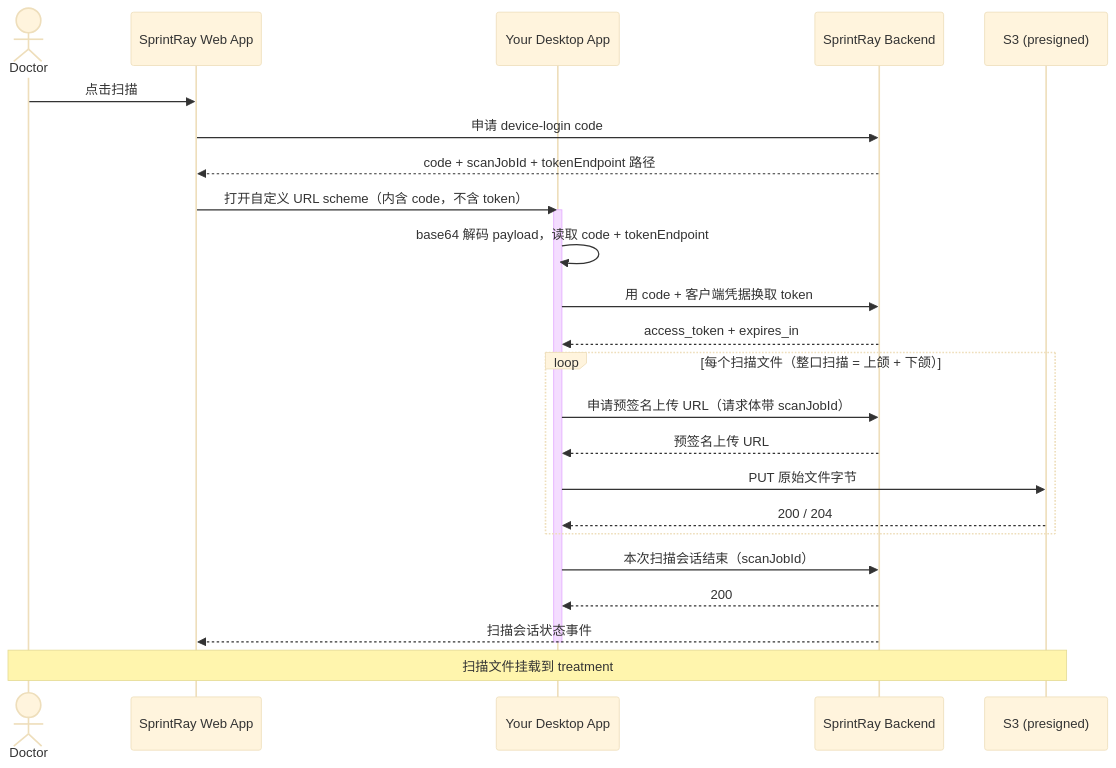
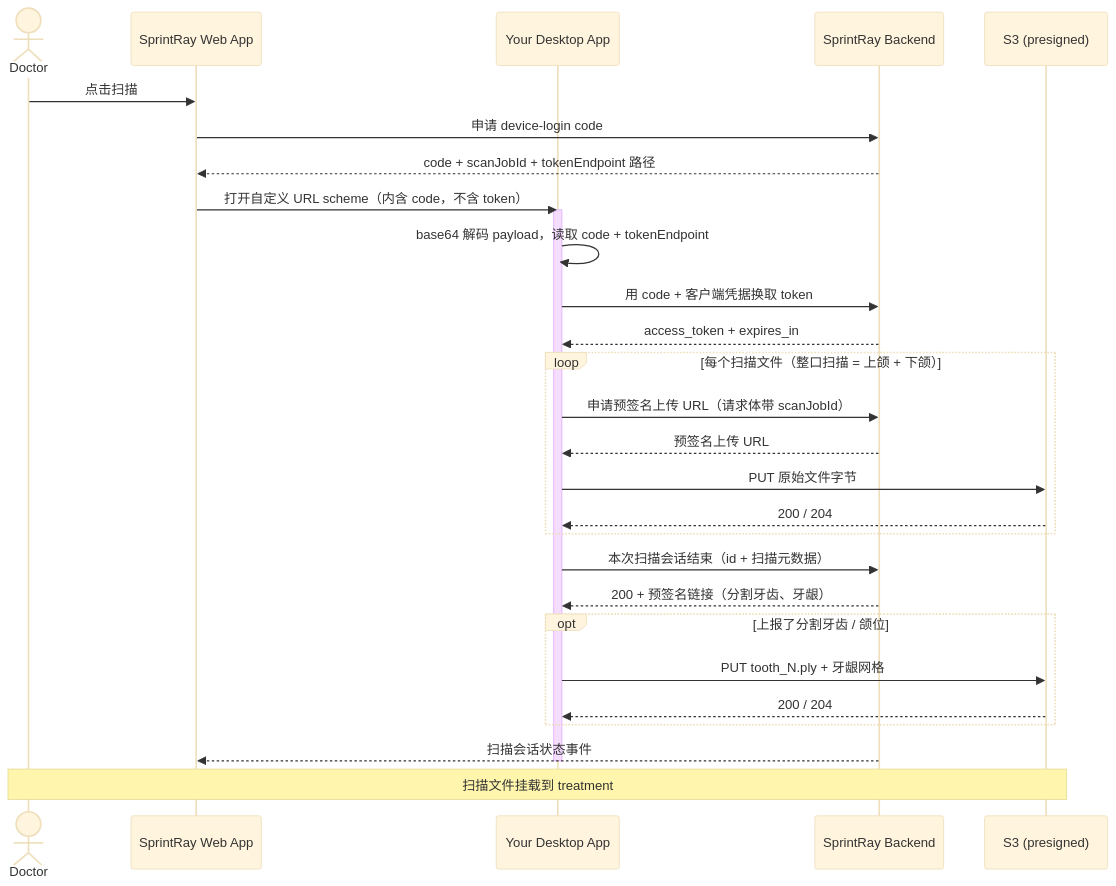
One commit to SprintRay-Software/example-scan-app changed the diagram in README.zh-CN.md. Above: the diagram before and after it, drawn with Mermaid (base theme). The commit also changed other lines of this file and 1 other file, not shown here.

Commit message:
docs: document the scan metadata contract on upload and scan-finish

````diff
--- a/README.zh-CN.md
+++ b/README.zh-CN.md
@@ -44,28 +47,32 @@
 ```mermaid
 sequenceDiagram
     actor Doctor
     participant Web as SprintRay Web App
     participant App as Your Desktop App
     participant BE as SprintRay Backend
     participant S3 as S3 (presigned)
 
     Doctor->>Web: 点击扫描
     Web->>BE: 申请 device-login code
     BE-->>Web: code + scanJobId + tokenEndpoint 路径
     Web->>App: 打开自定义 URL scheme（内含 code，不含 token）
     activate App
     App->>App: base64 解码 payload，读取 code + tokenEndpoint
     App->>BE: 用 code + 客户端凭据换取 token
     BE-->>App: access_token + expires_in
     loop 每个扫描文件（整口扫描 = 上颌 + 下颌）
         App->>BE: 申请预签名上传 URL（请求体带 scanJobId）
         BE-->>App: 预签名上传 URL
         App->>S3: PUT 原始文件字节
         S3-->>App: 200 / 204
     end
-    App->>BE: 本次扫描会话结束（scanJobId）
-    BE-->>App: 200
+    App->>BE: 本次扫描会话结束（id + 扫描元数据）
+    BE-->>App: 200 + 预签名链接（分割牙齿、牙龈）
+    opt 上报了分割牙齿 / 颌位
+        App->>S3: PUT tooth_N.ply + 牙龈网格
+        S3-->>App: 200 / 204
+    end
     BE-->>Web: 扫描会话状态事件
     deactivate App
     Note over Doctor,S3: 扫描文件挂载到 treatment
 ```
````
